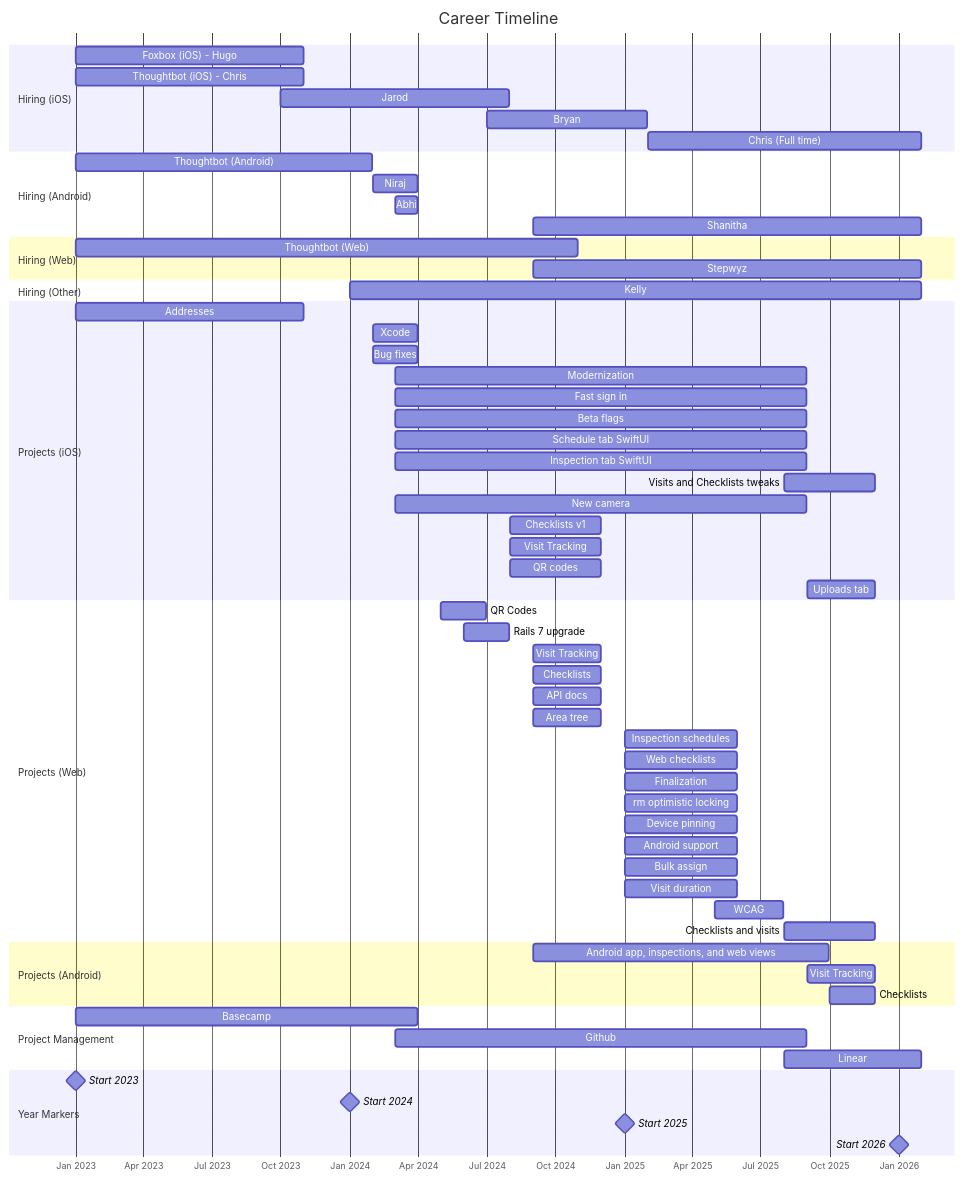
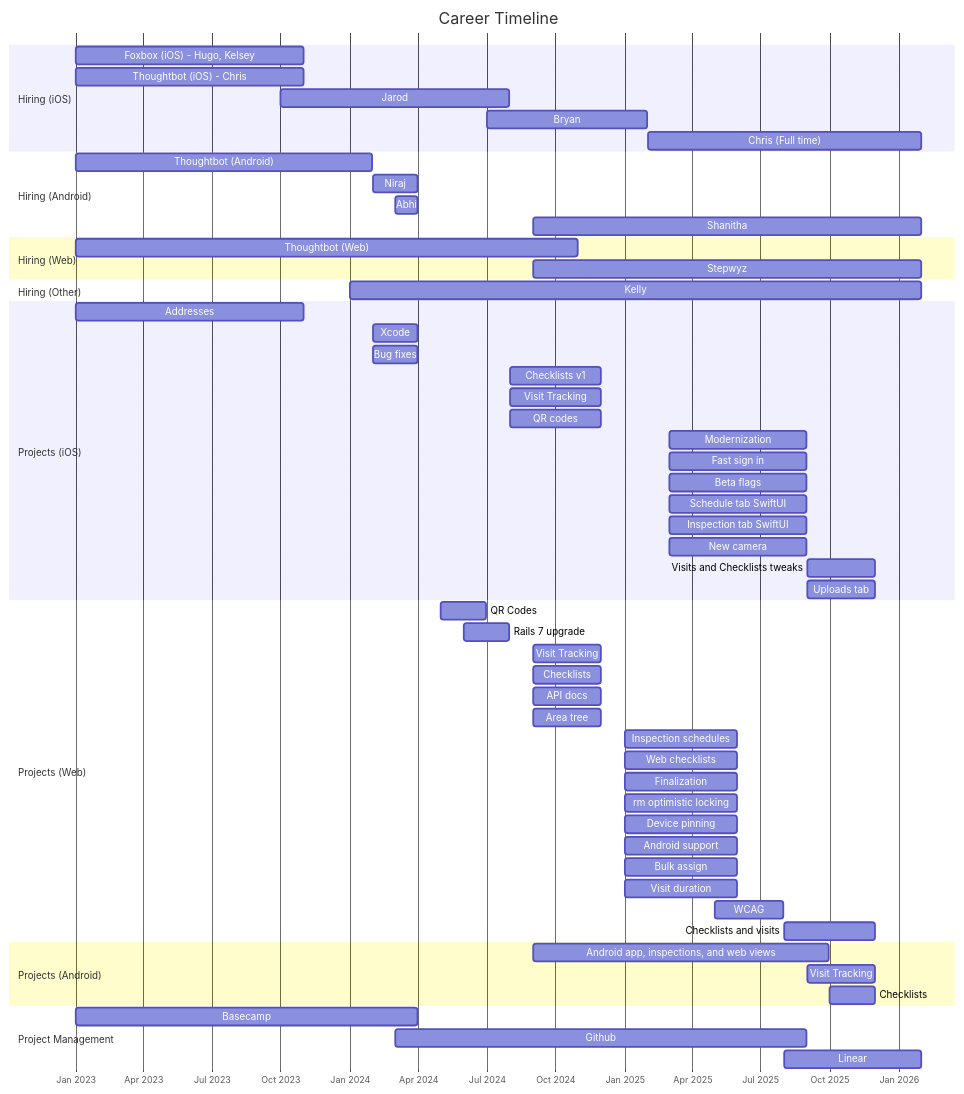
Before and after one commit to dpaola2/career-chart-oqc: the diagram in gantt.mmd, drawn with Mermaid.

```diff
--- a/gantt.mmd
+++ b/gantt.mmd
@@ -1,74 +1,69 @@
+%%{init: {'gantt': {'tickInterval': '1year'}} }%%
 gantt
     dateFormat YYYY-MM-DD
     title Career Timeline
     axisFormat %b %Y
 
     section Hiring (iOS)
-    Foxbox (iOS) - Hugo : foxbox_ios, 2023-01-01, 2023-10-31
+    Foxbox (iOS) - Hugo, Kelsey : foxbox_ios, 2023-01-01, 2023-10-31
     Thoughtbot (iOS) - Chris : chris1, 2023-01-01, 2023-10-31
     Jarod             : jarod, 2023-10-01, 2024-07-31
     Bryan             : bryan, 2024-07-01, 2025-01-31
     Chris (Full time) : chris2, 2025-02-01, 2026-01-31
 
     section Hiring (Android)
     Thoughtbot (Android) : thoughtbot_android, 2023-01-01, 2024-01-31
     Niraj             : niraj, 2024-02-01, 2024-03-31
     Abhi              : abhi, 2024-03-01, 2024-03-31
     Shanitha          : shanitha, 2024-09-01, 2026-01-31
 
     section Hiring (Web)
     Thoughtbot (Web)  : thoughtbot_web, 2023-01-01, 2024-10-31
     Stepwyz           : stepwyz, 2024-09-01, 2026-01-31
 
     section Hiring (Other)
     Kelly             : kelly, 2024-01-01, 2026-01-31
 
     section Projects (iOS)
     Addresses                 : addresses, 2023-01-01, 2023-10-31
     Xcode                     : xcode, 2024-02-01, 2024-03-31
     Bug fixes                 : bug_fixes, 2024-02-01, 2024-03-31
-    Modernization             : modernization, 2024-03-01, 2025-08-31
-    Fast sign in              : fast_sign_in, 2024-03-01, 2025-08-31
-    Beta flags                : beta_flags, 2024-03-01, 2025-08-31
-    Schedule tab SwiftUI      : schedule_tab_swiftui, 2024-03-01, 2025-08-31
-    Inspection tab SwiftUI    : inspection_tab_swiftui, 2024-03-01, 2025-08-31
-    Visits and Checklists tweaks : visits_checklists_tweaks, 2025-08-01, 2025-11-30
-    New camera                : new_camera, 2024-03-01, 2025-08-31
     Checklists v1             : checklists_v1, 2024-08-01, 2024-11-30
     Visit Tracking            : visit_tracking, 2024-08-01, 2024-11-30
     QR codes                  : qr_codes, 2024-08-01, 2024-11-30
+    Modernization             : modernization, 2025-03-01, 2025-08-31
+    Fast sign in              : fast_sign_in, 2025-03-01, 2025-08-31
+    Beta flags                : beta_flags, 2025-03-01, 2025-08-31
+    Schedule tab SwiftUI      : schedule_tab_swiftui, 2025-03-01, 2025-08-31
+    Inspection tab SwiftUI    : inspection_tab_swiftui, 2025-03-01, 2025-08-31
+    New camera                : new_camera, 2025-03-01, 2025-08-31
+    Visits and Checklists tweaks : visits_checklists_tweaks, 2025-09-01, 2025-11-30
     Uploads tab               : uploads_tab, 2025-09-01, 2025-11-30
 
     section Projects (Web)
     QR Codes                  : web_qr_codes, 2024-05-01, 2024-06-30
     Rails 7 upgrade           : rails7_upgrade, 2024-06-01, 2024-07-31
     Visit Tracking            : web_visit_tracking, 2024-09-01, 2024-11-30
     Checklists                : web_checklists, 2024-09-01, 2024-11-30
     API docs                  : api_docs, 2024-09-01, 2024-11-30
     Area tree                 : area_tree, 2024-09-01, 2024-11-30
     Inspection schedules      : web_inspection_schedules, 2025-01-01, 2025-05-31
     Web checklists            : web_web_checklists, 2025-01-01, 2025-05-31
     Finalization              : web_finalization, 2025-01-01, 2025-05-31
     rm optimistic locking     : web_rm_optimistic_locking, 2025-01-01, 2025-05-31
     Device pinning            : web_device_pinning, 2025-01-01, 2025-05-31
     Android support           : web_android_support, 2025-01-01, 2025-05-31
     Bulk assign               : web_bulk_assign, 2025-01-01, 2025-05-31
     Visit duration            : web_visit_duration, 2025-01-01, 2025-05-31
     WCAG                      : web_wcag, 2025-05-01, 2025-07-31
     Checklists and visits     : web_checklists_visits, 2025-08-01, 2025-11-30
 
     section Projects (Android)
     Android app, inspections, and web views : android_app_inspections_webviews, 2024-09-01, 2025-09-30
     Visit Tracking            : android_visit_tracking, 2025-09-01, 2025-11-30
     Checklists                : android_checklists, 2025-10-01, 2025-11-30
 
     section Project Management
     Basecamp          : basecamp, 2023-01-01, 2024-03-31
     Github            : github, 2024-03-01, 2025-08-31
     Linear            : linear, 2025-08-01, 2026-01-31
-
-    section Year Markers
-    Start 2023        : milestone, m2023, 2023-01-01, 0d
-    Start 2024        : milestone, m2024, 2024-01-01, 0d
-    Start 2025        : milestone, m2025, 2025-01-01, 0d
-    Start 2026        : milestone, m2026, 2026-01-01, 0d
```
